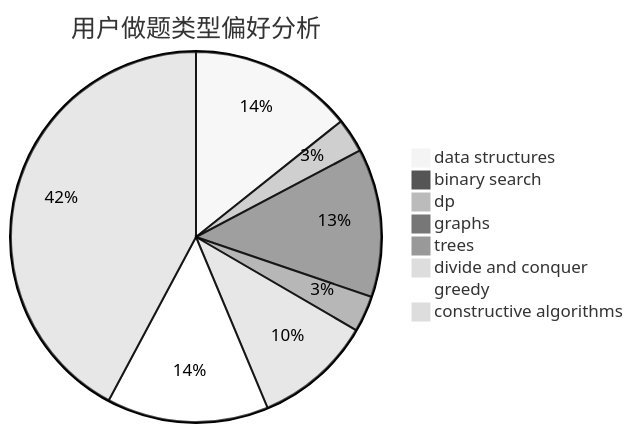
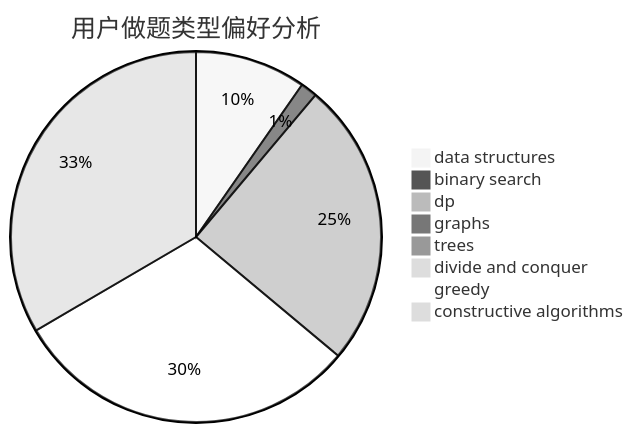
Before and after one commit to sherpahu/cfrs.github.io: the second of 3 diagrams in docs/user/u2047.md, drawn with Mermaid (neutral theme). The commit also changed other lines of this file and 2770 other files, not shown here.

````diff
--- a/docs/user/u2047.md
+++ b/docs/user/u2047.md
@@ -23,11 +23,11 @@
 ```mermaid
 pie title 用户做题类型偏好分析
-    "data structures" :  86
-    "binary search" :  0
-    "dp" :  18
-    "graphs" :  78
-    "trees" :  19
-    "divide and conquer" :  62
-    "greedy" :  85
-    "constructive algorithms" :  254
+    "data structures" :  40
+    "binary search" :  6
+    "dp" :  103
+    "graphs" :  4
+    "trees" :  0
+    "divide and conquer" :  0
+    "greedy" :  126
+    "constructive algorithms" :  138
 ```
````
